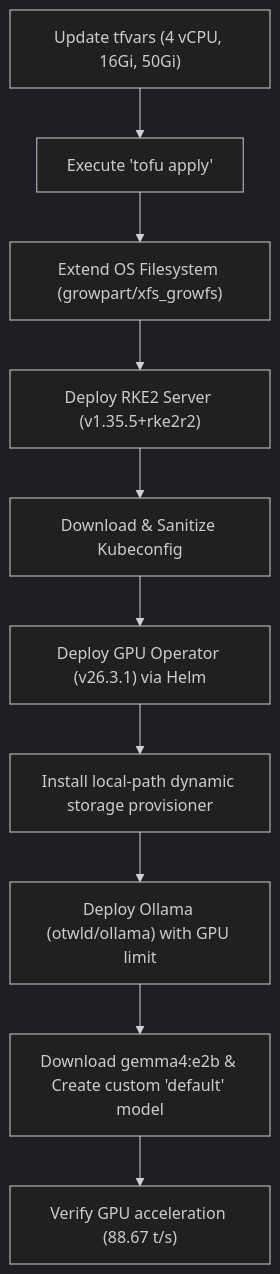
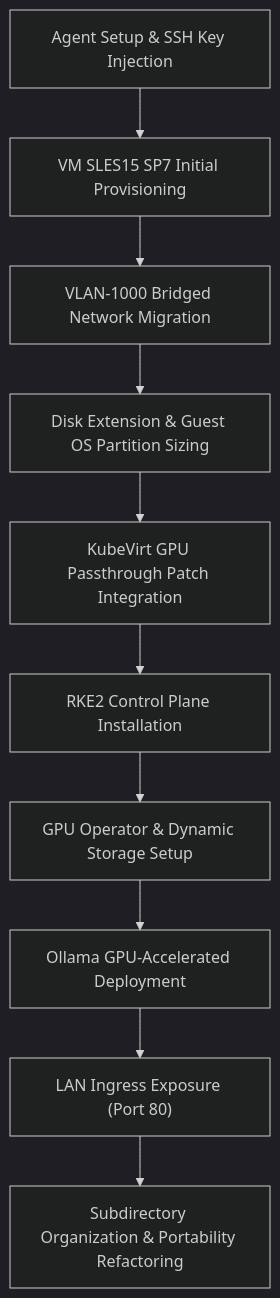
One commit to bvankampen/vibecode-terraform changed the diagram in docs/session_summary.md. Above: the diagram before and after it, drawn with Mermaid (dark theme). The commit also changed other lines of this file and 1 other file, not shown here.

````diff
--- a/docs/session_summary.md
+++ b/docs/session_summary.md
@@ -21,12 +26,12 @@
 ```mermaid
 graph TD
-    A["Update tfvars (4 vCPU, 16Gi, 50Gi)"] --> B["Execute 'tofu apply'"]
-    B --> C["Extend OS Filesystem (growpart/xfs_growfs)"]
-    C --> D["Deploy RKE2 Server (v1.35.5+rke2r2)"]
-    D --> E["Download & Sanitize Kubeconfig"]
-    E --> F["Deploy GPU Operator (v26.3.1) via Helm"]
-    F --> G["Install local-path dynamic storage provisioner"]
-    G --> H["Deploy Ollama (otwld/ollama) with GPU limit"]
-    H --> I["Download gemma4:e2b & Create custom 'default' model"]
-    I --> J["Verify GPU acceleration (88.67 t/s)"]
+    A["Agent Setup & SSH Key Injection"] --> B["VM SLES15 SP7 Initial Provisioning"]
+    B --> C["VLAN-1000 Bridged Network Migration"]
+    C --> D["Disk Extension & Guest OS Partition Sizing"]
+    D --> E["KubeVirt GPU Passthrough Patch Integration"]
+    E --> F["RKE2 Control Plane Installation"]
+    F --> G["GPU Operator & Dynamic Storage Setup"]
+    G --> H["Ollama GPU-Accelerated Deployment"]
+    H --> I["LAN Ingress Exposure (Port 80)"]
+    I --> J["Subdirectory Organization & Portability Refactoring"]
 ```
````
